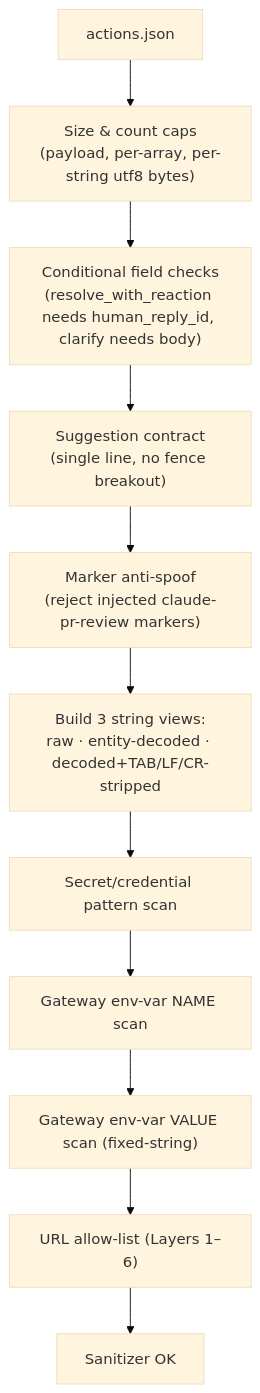
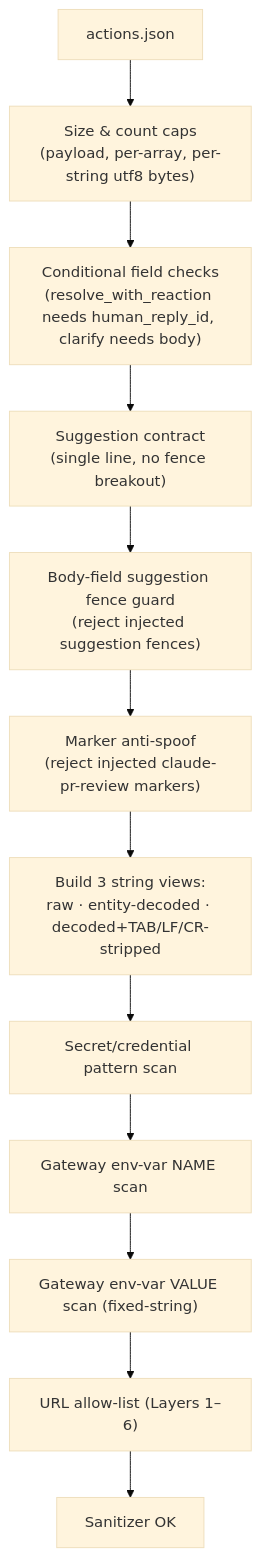
One commit to ROCm/rocMLIR changed the fifth of 5 diagrams in .github/workflows/CLAUDE_AUTO_REVIEW.md. Above: the diagram before and after it, drawn with Mermaid (base theme). The commit also changed other lines of this file, not shown here.

First line of the commit message:
[NFC] docs(claude-review): tighten dispatch-path, perimeter-banner scope, and sanitizer fence-guard accuracy

````diff
--- a/.github/workflows/CLAUDE_AUTO_REVIEW.md
+++ b/.github/workflows/CLAUDE_AUTO_REVIEW.md
@@ -530,13 +546,14 @@
 ```mermaid
 flowchart TD
     input["actions.json"] --> caps["Size & count caps<br/>(payload, per-array, per-string utf8 bytes)"]
     caps --> cond["Conditional field checks<br/>(resolve_with_reaction needs human_reply_id, clarify needs body)"]
     cond --> sugg["Suggestion contract<br/>(single line, no fence breakout)"]
-    sugg --> marker["Marker anti-spoof<br/>(reject injected claude-pr-review markers)"]
+    sugg --> bodyfence["Body-field suggestion fence guard<br/>(reject injected suggestion fences)"]
+    bodyfence --> marker["Marker anti-spoof<br/>(reject injected claude-pr-review markers)"]
     marker --> views["Build 3 string views:<br/>raw · entity-decoded · decoded+TAB/LF/CR-stripped"]
     views --> secret["Secret/credential pattern scan"]
     secret --> envname["Gateway env-var NAME scan"]
     envname --> envval["Gateway env-var VALUE scan (fixed-string)"]
     envval --> url["URL allow-list (Layers 1–6)"]
     url --> ok["Sanitizer OK"]
 ```
````
